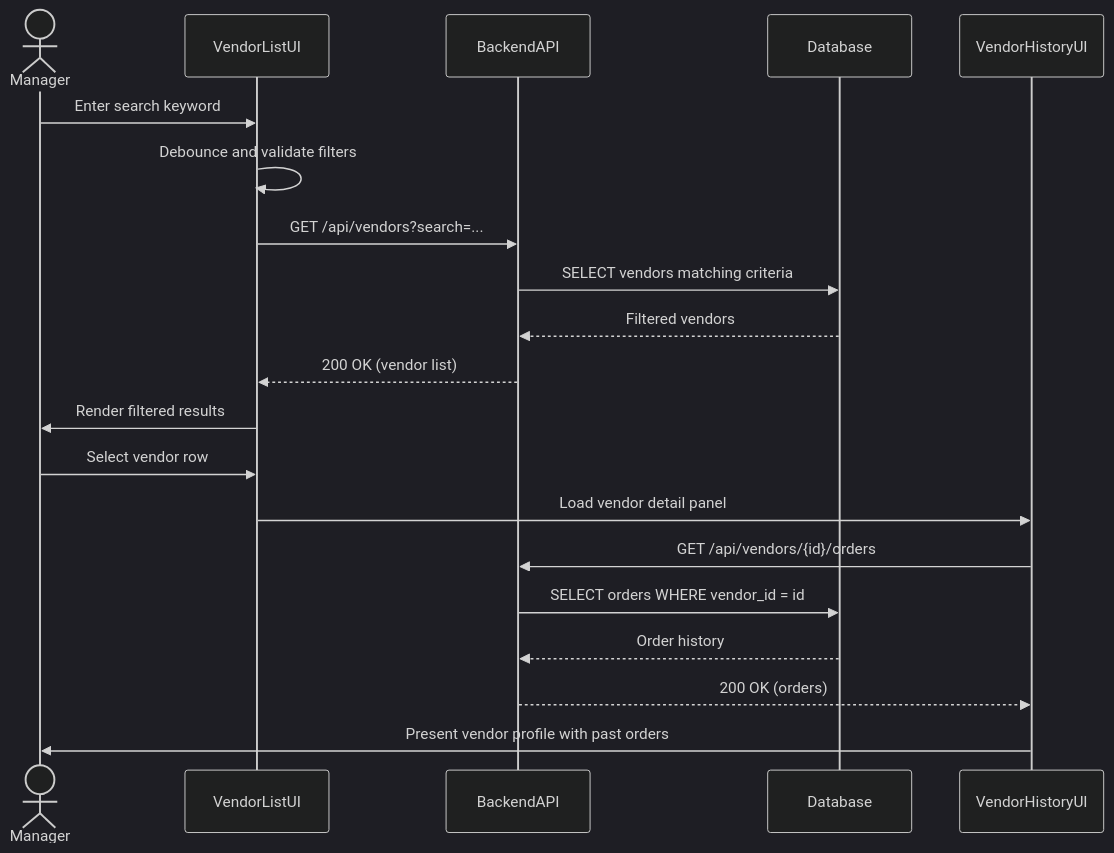
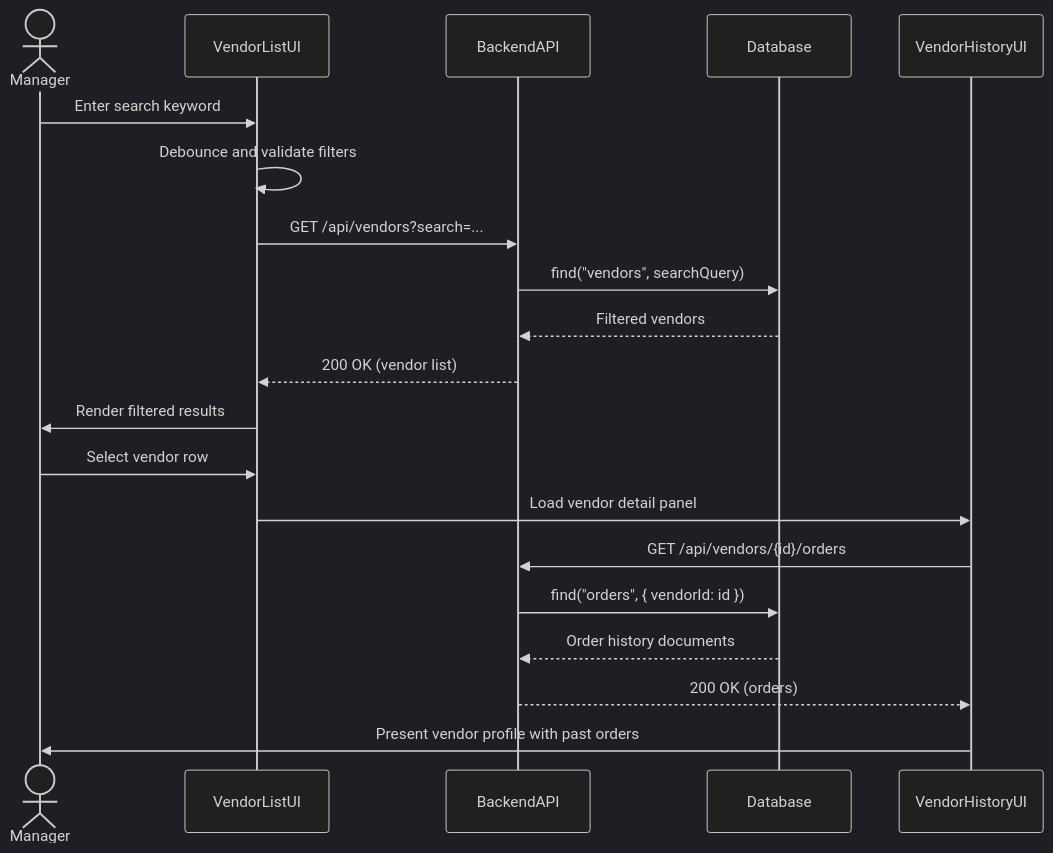
Before and after one commit to TheFelixGomez/cen5035-optiflow-frontend: the sixth of 7 diagrams in docs/sequence-diagrams.md, drawn with Mermaid (dark theme). The commit also changed other lines of this file, not shown here.

Commit message:
docs: align sequence diagrams with MongoDB operations

````diff
--- a/docs/sequence-diagrams.md
+++ b/docs/sequence-diagrams.md
@@ -131,23 +132,23 @@
 ```mermaid
 sequenceDiagram
     actor Manager
     participant VendorListUI
     participant BackendAPI
     participant Database
     participant VendorHistoryUI
 
     Manager->>VendorListUI: Enter search keyword
     VendorListUI->>VendorListUI: Debounce and validate filters
     VendorListUI->>BackendAPI: GET /api/vendors?search=...
-    BackendAPI->>Database: SELECT vendors matching criteria
+    BackendAPI->>Database: find("vendors", searchQuery)
     Database-->>BackendAPI: Filtered vendors
     BackendAPI-->>VendorListUI: 200 OK (vendor list)
     VendorListUI->>Manager: Render filtered results
     Manager->>VendorListUI: Select vendor row
     VendorListUI->>VendorHistoryUI: Load vendor detail panel
     VendorHistoryUI->>BackendAPI: GET /api/vendors/{id}/orders
-    BackendAPI->>Database: SELECT orders WHERE vendor_id = id
-    Database-->>BackendAPI: Order history
+    BackendAPI->>Database: find("orders", { vendorId: id })
+    Database-->>BackendAPI: Order history documents
     BackendAPI-->>VendorHistoryUI: 200 OK (orders)
     VendorHistoryUI->>Manager: Present vendor profile with past orders
 ```
````
